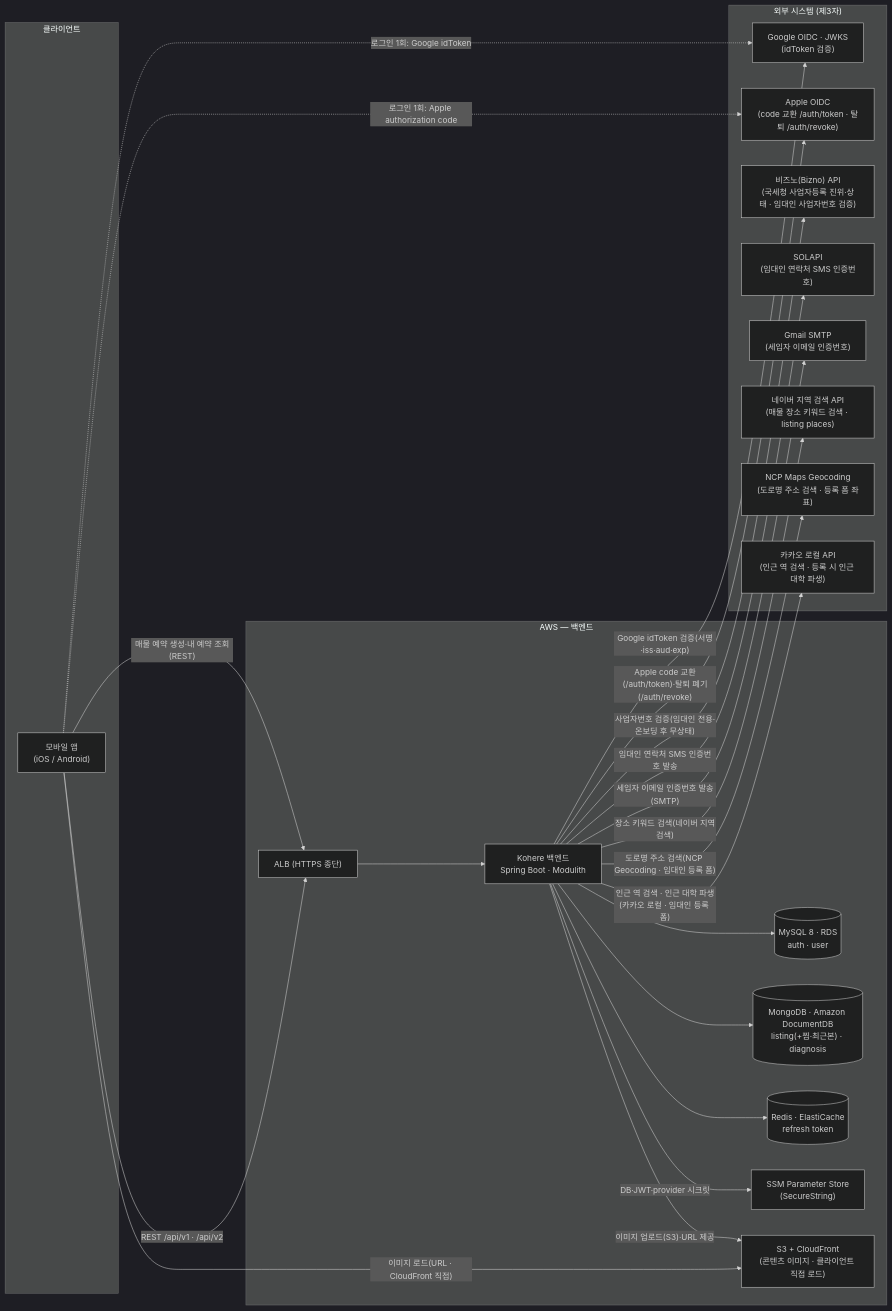
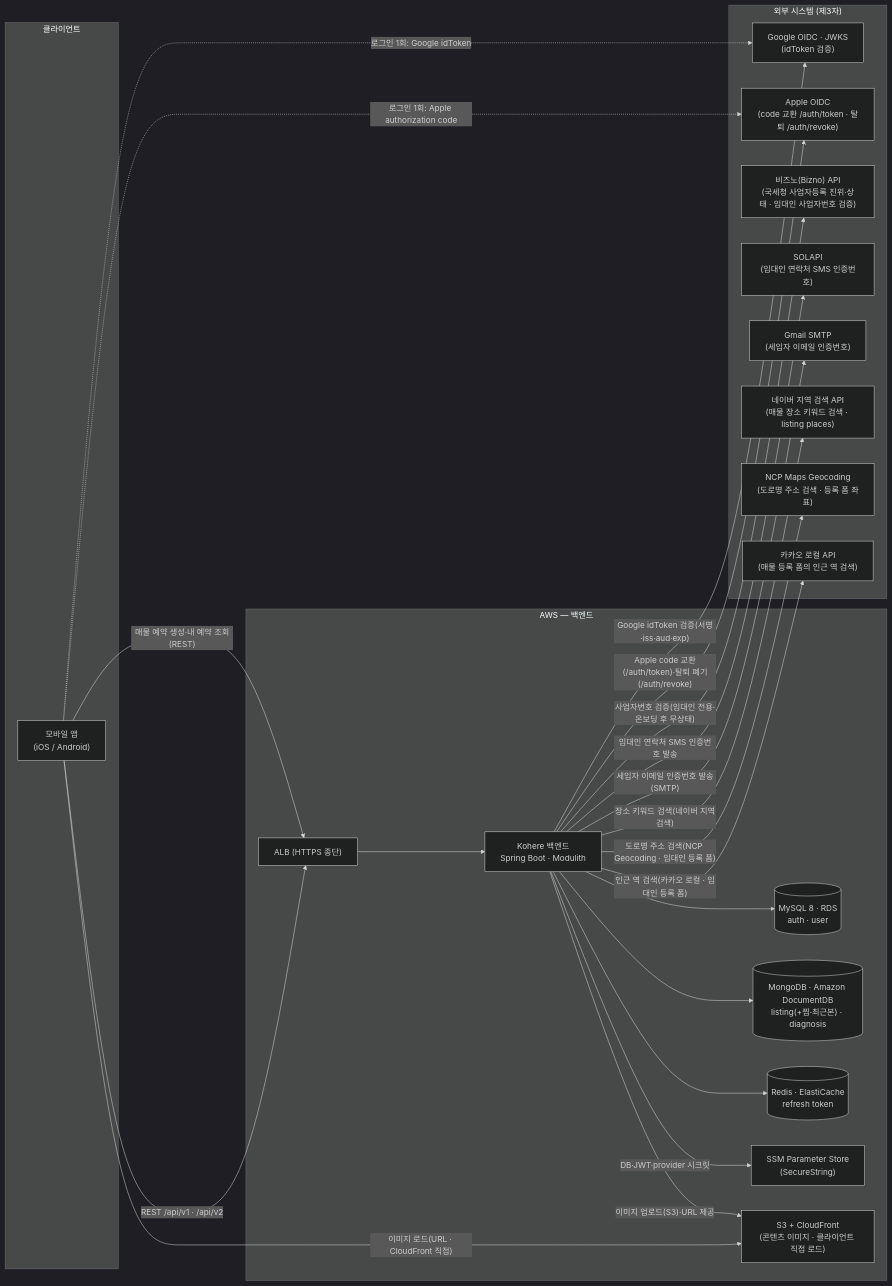
Before and after one commit to jameskim9509/Kohere-backend: the first of 5 diagrams in docs/architecture/system-overview.md, drawn with Mermaid (dark theme). The commit also changed other lines of this file and 24 other files, not shown here.

````diff
--- a/docs/architecture/system-overview.md
+++ b/docs/architecture/system-overview.md
@@ -30,47 +30,47 @@
 ```mermaid
 flowchart LR
     subgraph Client["클라이언트"]
       APP["모바일 앱<br/>(iOS / Android)"]
     end
 
     subgraph External["외부 시스템 (제3자)"]
       OIDC["Google OIDC · JWKS<br/>(idToken 검증)"]
       APPLE["Apple OIDC<br/>(code 교환 /auth/token · 탈퇴 /auth/revoke)"]
       BIZNO["비즈노(Bizno) API<br/>(국세청 사업자등록 진위·상태 · 임대인 사업자번호 검증)"]
       SOLAPI["SOLAPI<br/>(임대인 연락처 SMS 인증번호)"]
       MAIL["Gmail SMTP<br/>(세입자 이메일 인증번호)"]
       NAVER["네이버 지역 검색 API<br/>(매물 장소 키워드 검색 · listing places)"]
       NCPGEO["NCP Maps Geocoding<br/>(도로명 주소 검색 · 등록 폼 좌표)"]
-      KAKAOLOCAL["카카오 로컬 API<br/>(인근 역 검색 · 등록 시 인근 대학 파생)"]
+      KAKAOLOCAL["카카오 로컬 API<br/>(매물 등록 폼의 인근 역 검색)"]
     end
 
     subgraph Cloud["AWS — 백엔드"]
       ALB["ALB (HTTPS 종단)"]
       SRV["Kohere 백엔드<br/>Spring Boot · Modulith"]
       MYSQL[("MySQL 8 · RDS<br/>auth · user")]
       MONGO[("MongoDB · Amazon DocumentDB<br/>listing(+찜·최근본) · diagnosis")]
       REDIS[("Redis · ElastiCache<br/>refresh token")]
       SECRET["SSM Parameter Store<br/>(SecureString)"]
       CDN["S3 + CloudFront<br/>(콘텐츠 이미지 · 클라이언트 직접 로드)"]
     end
 
     APP -- "REST /api/v1 · /api/v2" --> ALB
     ALB --> SRV
     APP -. "로그인 1회: Google idToken" .-> OIDC
     APP -. "로그인 1회: Apple authorization code" .-> APPLE
     SRV -- "Google idToken 검증(서명·iss·aud·exp)" --> OIDC
     SRV -- "Apple code 교환(/auth/token)·탈퇴 폐기(/auth/revoke)" --> APPLE
     SRV -- "사업자번호 검증(임대인 전용·온보딩 후 무상태)" --> BIZNO
     SRV -- "임대인 연락처 SMS 인증번호 발송" --> SOLAPI
     SRV -- "세입자 이메일 인증번호 발송(SMTP)" --> MAIL
     SRV -- "장소 키워드 검색(네이버 지역검색)" --> NAVER
     SRV -- "도로명 주소 검색(NCP Geocoding · 임대인 등록 폼)" --> NCPGEO
-    SRV -- "인근 역 검색 · 인근 대학 파생(카카오 로컬 · 임대인 등록 폼)" --> KAKAOLOCAL
+    SRV -- "인근 역 검색(카카오 로컬 · 임대인 등록 폼)" --> KAKAOLOCAL
     SRV --> MYSQL
     SRV --> MONGO
     SRV --> REDIS
     APP -- "매물 예약 생성·내 예약 조회(REST)" --> ALB
     APP -- "이미지 로드(URL · CloudFront 직접)" --> CDN
     SRV -- "이미지 업로드(S3)·URL 제공" --> CDN
     SRV -- "DB·JWT·provider 시크릿" --> SECRET
 ```
````
